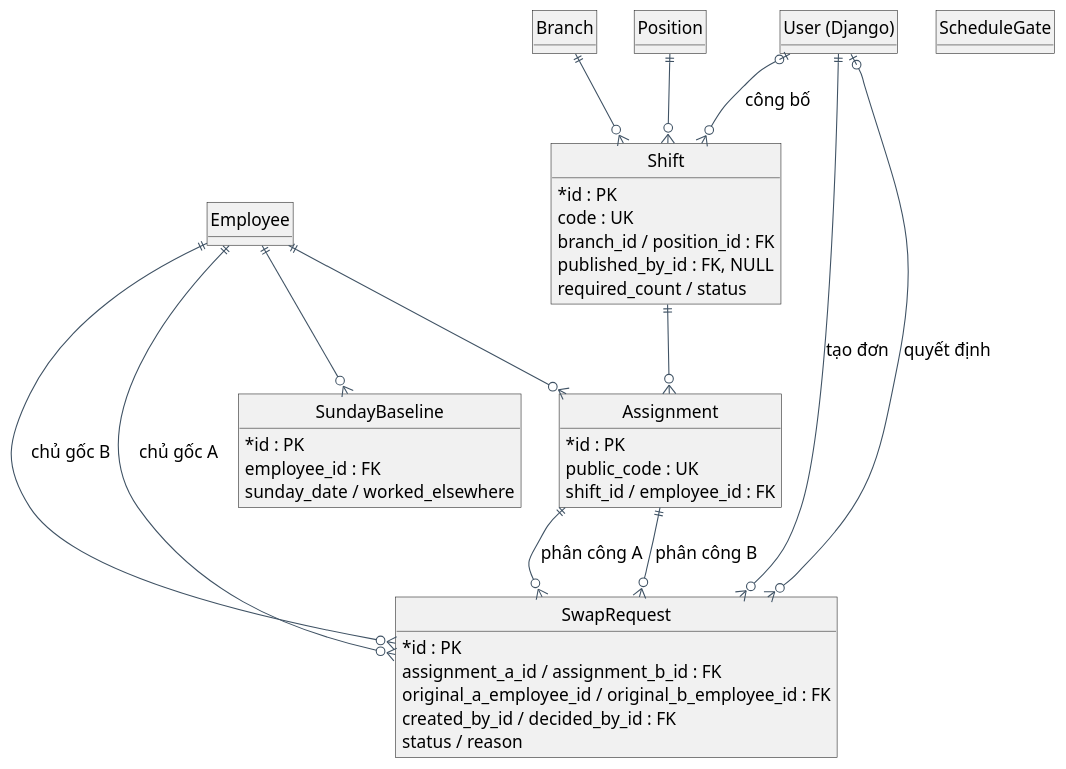
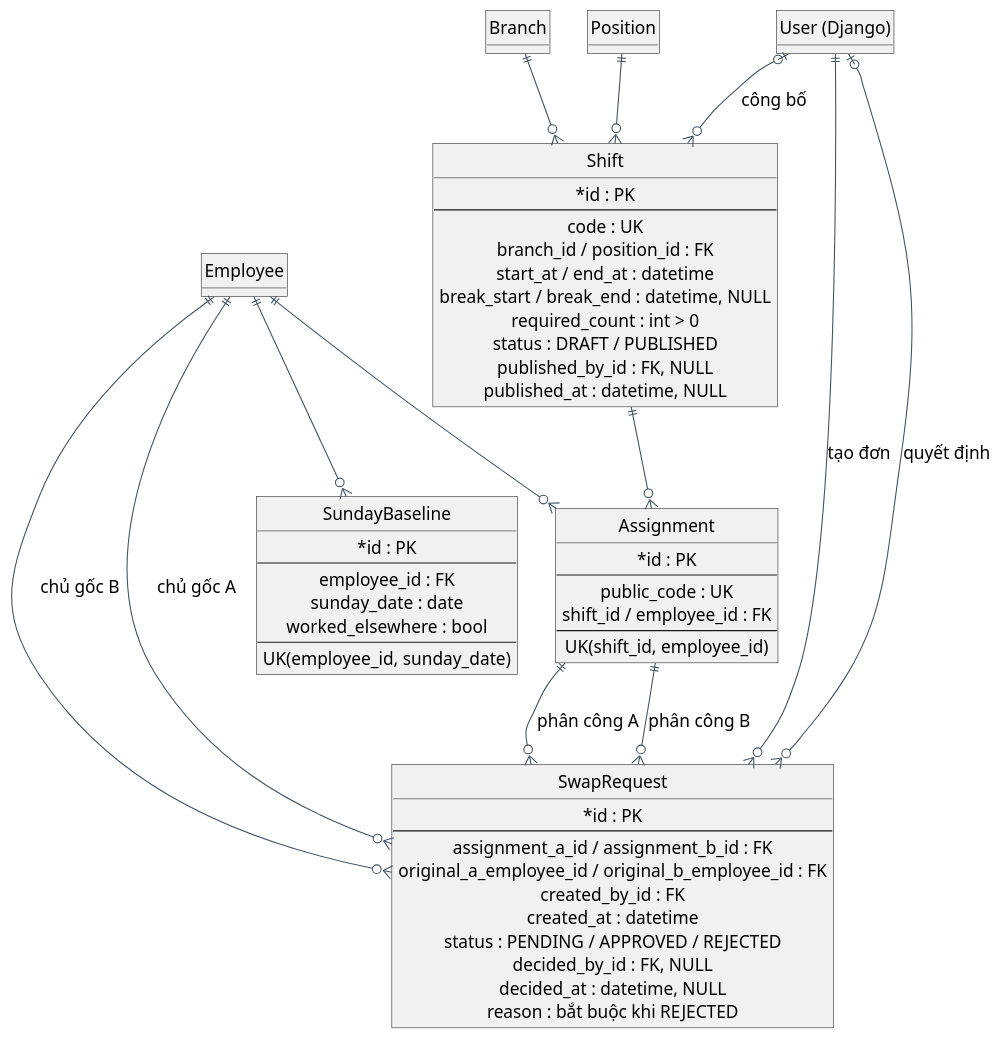
The diagram in HO_SO_DT05/diagram_bao_cao/06_erd_lich.puml (hn69969669/TTCN_DT05_HoSoNV-SXepCa), drawn with PlantUML before and after one commit. The commit also changed 66 other files, not shown here.

```diff
--- a/HO_SO_DT05/diagram_bao_cao/06_erd_lich.puml
+++ b/HO_SO_DT05/diagram_bao_cao/06_erd_lich.puml
@@ -1,60 +1,77 @@
 @startuml
 skinparam backgroundColor white
 skinparam defaultFontName Arial
 skinparam defaultFontSize 16
 skinparam shadowing false
 skinparam ArrowColor #3F5264
 skinparam defaultTextAlignment center
 skinparam roundCorner 0
-skinparam monochrome false
 skinparam usecaseBackgroundColor #EFF5F8
 skinparam usecaseBorderColor #385B70
 skinparam rectangleBorderColor #385B70
 skinparam componentStyle rectangle
 skinparam classAttributeIconSize 0
+skinparam activityBackgroundColor #EFF5F8
+skinparam activityBorderColor #385B70
+skinparam stateBackgroundColor #EFF5F8
+skinparam stateBorderColor #385B70
 hide circle
 hide methods
 entity Branch
 entity Position
 entity Employee
 entity "User (Django)" as U
 entity Shift {
   * id : PK
+  --
   code : UK
   branch_id / position_id : FK
+  start_at / end_at : datetime
+  break_start / break_end : datetime, NULL
+  required_count : int > 0
+  status : DRAFT / PUBLISHED
   published_by_id : FK, NULL
-  required_count / status
+  published_at : datetime, NULL
 }
 entity Assignment {
   * id : PK
+  --
   public_code : UK
   shift_id / employee_id : FK
+  --
+  UK(shift_id, employee_id)
 }
 entity SwapRequest {
   * id : PK
+  --
   assignment_a_id / assignment_b_id : FK
   original_a_employee_id / original_b_employee_id : FK
-  created_by_id / decided_by_id : FK
-  status / reason
+  created_by_id : FK
+  created_at : datetime
+  status : PENDING / APPROVED / REJECTED
+  decided_by_id : FK, NULL
+  decided_at : datetime, NULL
+  reason : bắt buộc khi REJECTED
 }
 entity SundayBaseline {
   * id : PK
+  --
   employee_id : FK
-  sunday_date / worked_elsewhere
-}
-entity ScheduleGate {
-  * id : PK, CHECK (id = 1)
+  sunday_date : date
+  worked_elsewhere : bool
+  --
+  UK(employee_id, sunday_date)
 }
 Branch ||--o{ Shift
 Position ||--o{ Shift
 U |o--o{ Shift : công bố
 Shift ||--o{ Assignment
 Employee ||--o{ Assignment
 Employee ||--o{ SundayBaseline
 Assignment ||--o{ SwapRequest : phân công A
 Assignment ||--o{ SwapRequest : phân công B
 Employee ||--o{ SwapRequest : chủ gốc A
 Employee ||--o{ SwapRequest : chủ gốc B
 U ||--o{ SwapRequest : tạo đơn
 U |o--o{ SwapRequest : quyết định
 @enduml
```
